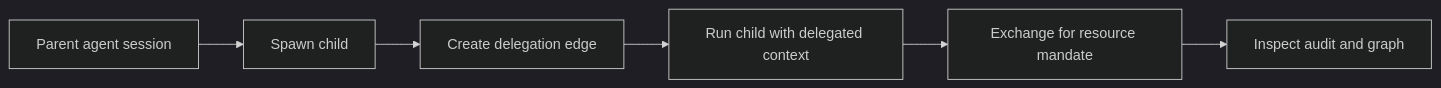
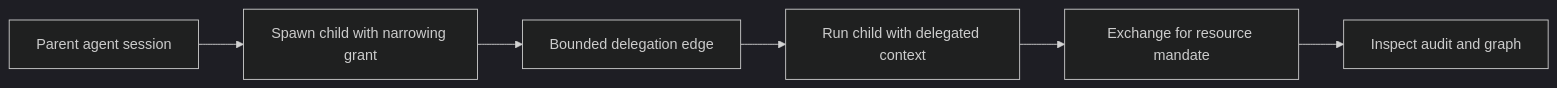
The diagram in docs/src/content/docs/guides/delegation.mdx (Garudex-Labs/caracal), drawn with Mermaid (dark theme) before and after one commit. The commit also changed other lines of this file and 2 other files, not shown here.

Commit message:
feat: enhance delegation documentation with narrowed authority and grant usage details

````diff
--- a/docs/src/content/docs/guides/delegation.mdx
+++ b/docs/src/content/docs/guides/delegation.mdx
@@ -12,8 +12,8 @@
 ```mermaid
 flowchart LR
-  Parent["Parent agent session"] --> Spawn["Spawn child"]
-  Spawn --> Edge["Create delegation edge"]
+  Parent["Parent agent session"] --> Spawn["Spawn child with narrowing grant"]
+  Spawn --> Edge["Bounded delegation edge"]
   Edge --> Child["Run child with delegated context"]
   Child --> Exchange["Exchange for resource mandate"]
   Exchange --> Audit["Inspect audit and graph"]
 ```
````
